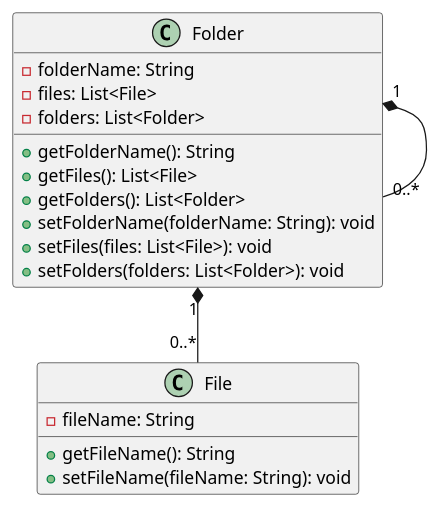
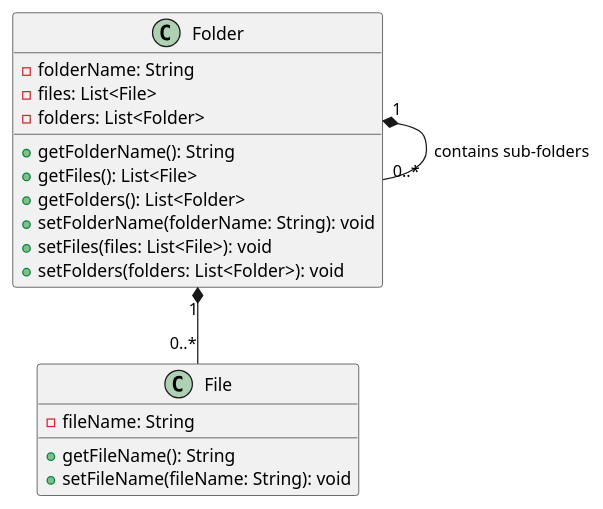
One commit to Jeremypo/CS_4800 changed the diagram in hw3/FIleSystem.puml. Above: the diagram before and after it, drawn with PlantUML. The commit also changed 3 other files, not shown here.

Commit message:
completed first object diagram

```diff
--- a/hw3/FIleSystem.puml
+++ b/hw3/FIleSystem.puml
@@ -1,27 +1,27 @@
 @startuml
 'https://plantuml.com/class-diagram
 
 Folder "1" *-- "0..*" File
-Folder "1" *-- "0..*" Folder
+Folder "1" *-- "0..*" Folder : contains sub-folders
 
 class File{
     -fileName: String
 
     +getFileName(): String
     +setFileName(fileName: String): void
 }
 
 class Folder{
     - folderName: String
     - files: List<File>
     - folders: List<Folder>
 
     + getFolderName(): String
     + getFiles(): List<File>
     + getFolders(): List<Folder>
     + setFolderName(folderName: String): void
     + setFiles(files: List<File>): void
     + setFolders(folders: List<Folder>): void
 }
 
 @enduml
```
